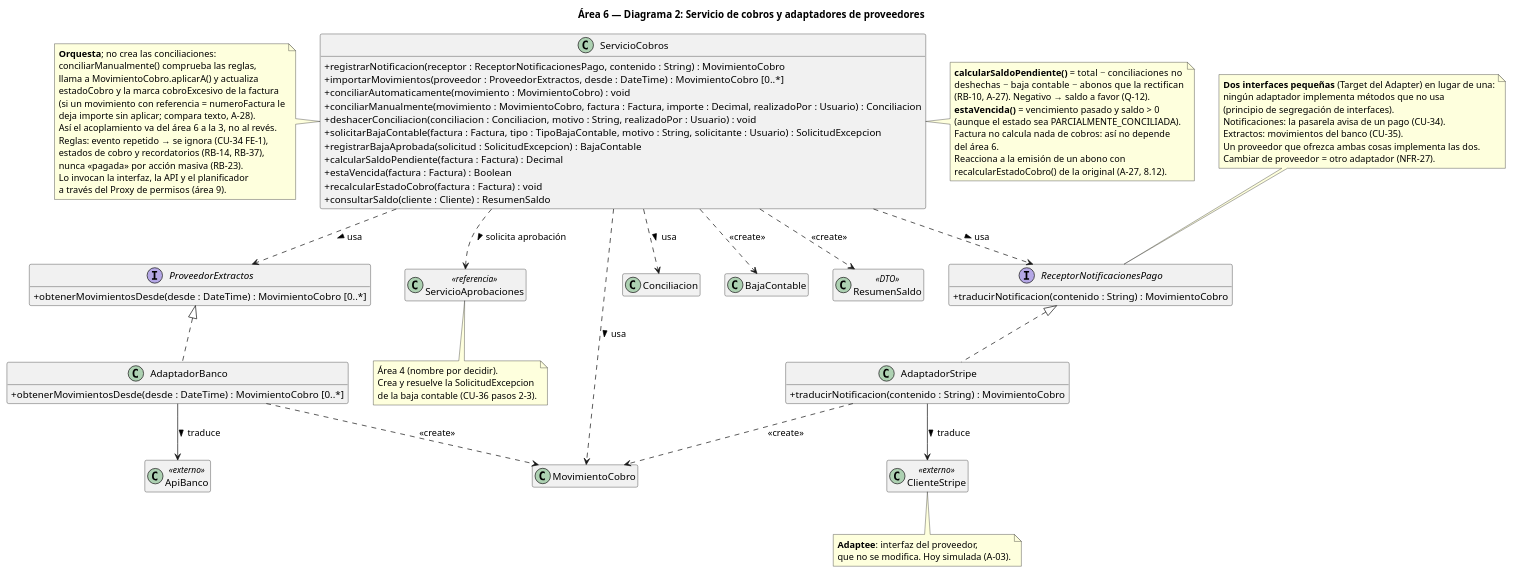
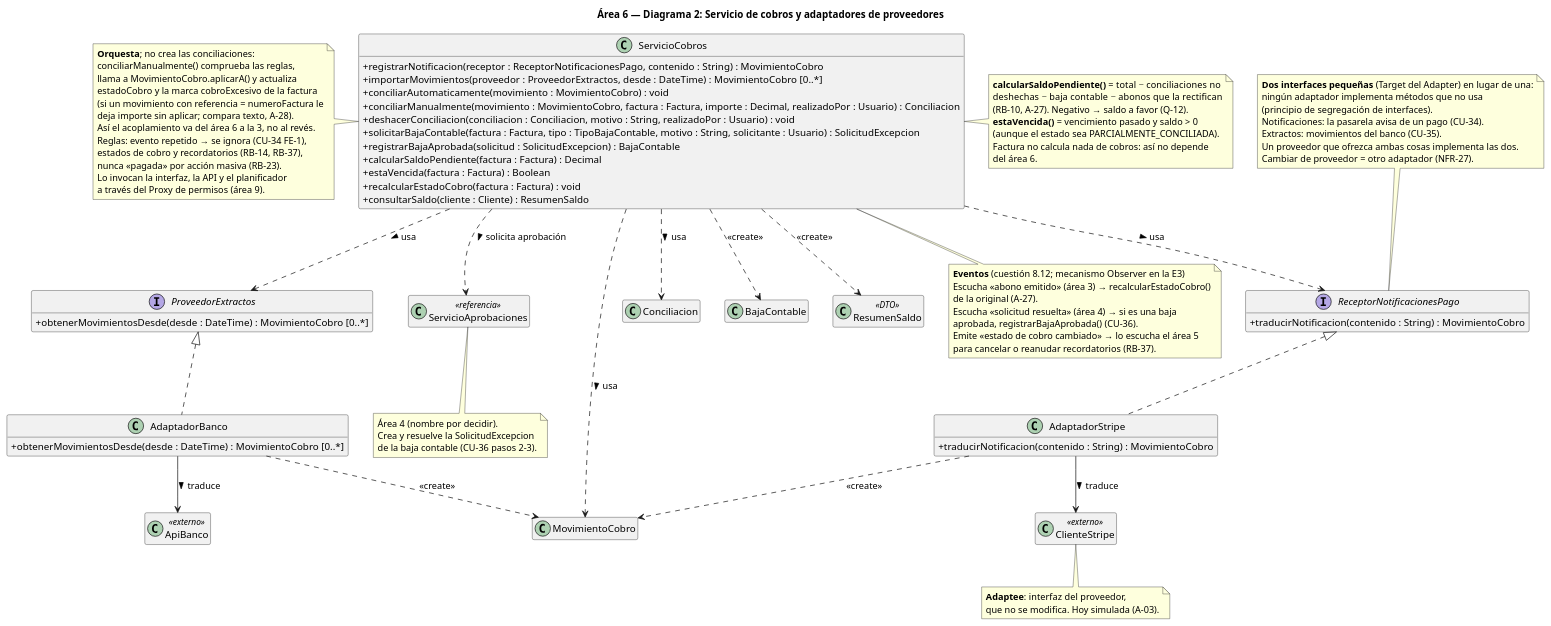
The diagram in Entrega2_GrupoBebes/Diagramas de clase/Area 6/area6_2_adapter_servicio.puml (naybetaomar/AyDA-ProyectoBebes), drawn with PlantUML before and after one commit. The commit also changed 4 other files, not shown here.

```diff
--- a/Entrega2_GrupoBebes/Diagramas de clase/Area 6/area6_2_adapter_servicio.puml
+++ b/Entrega2_GrupoBebes/Diagramas de clase/Area 6/area6_2_adapter_servicio.puml
@@ -1,106 +1,114 @@
 @startuml area6_2_adapter_servicio
 skinparam classAttributeIconSize 0
 hide empty members
 title Área 6 — Diagrama 2: Servicio de cobros y adaptadores de proveedores
 
 class ServicioCobros {
   + registrarNotificacion(receptor : ReceptorNotificacionesPago, contenido : String) : MovimientoCobro
   + importarMovimientos(proveedor : ProveedorExtractos, desde : DateTime) : MovimientoCobro [0..*]
   + conciliarAutomaticamente(movimiento : MovimientoCobro) : void
   + conciliarManualmente(movimiento : MovimientoCobro, factura : Factura, importe : Decimal, realizadoPor : Usuario) : Conciliacion
   + deshacerConciliacion(conciliacion : Conciliacion, motivo : String, realizadoPor : Usuario) : void
   + solicitarBajaContable(factura : Factura, tipo : TipoBajaContable, motivo : String, solicitante : Usuario) : SolicitudExcepcion
   + registrarBajaAprobada(solicitud : SolicitudExcepcion) : BajaContable
   + calcularSaldoPendiente(factura : Factura) : Decimal
   + estaVencida(factura : Factura) : Boolean
   + recalcularEstadoCobro(factura : Factura) : void
   + consultarSaldo(cliente : Cliente) : ResumenSaldo
 }
 
 interface ReceptorNotificacionesPago {
   + traducirNotificacion(contenido : String) : MovimientoCobro
 }
 interface ProveedorExtractos {
   + obtenerMovimientosDesde(desde : DateTime) : MovimientoCobro [0..*]
 }
 
 class AdaptadorStripe {
   + traducirNotificacion(contenido : String) : MovimientoCobro
 }
 class AdaptadorBanco {
   + obtenerMovimientosDesde(desde : DateTime) : MovimientoCobro [0..*]
 }
 
 class ClienteStripe <<externo>>
 class ApiBanco <<externo>>
 
 class ServicioAprobaciones <<referencia>>
 
 class MovimientoCobro
 class Conciliacion
 class BajaContable
 class ResumenSaldo <<DTO>>
 
 ReceptorNotificacionesPago <|.. AdaptadorStripe
 ProveedorExtractos <|.. AdaptadorBanco
 AdaptadorStripe --> ClienteStripe : traduce >
 AdaptadorBanco --> ApiBanco : traduce >
 AdaptadorStripe ..> MovimientoCobro : <<create>>
 AdaptadorBanco ..> MovimientoCobro : <<create>>
 
 ServicioCobros ..> ReceptorNotificacionesPago : usa >
 ServicioCobros ..> ProveedorExtractos : usa >
 ServicioCobros ..> MovimientoCobro : usa >
 ServicioCobros ..> Conciliacion : usa >
 ServicioCobros ..> BajaContable : <<create>>
 ServicioCobros ..> ResumenSaldo : <<create>>
 ServicioCobros ..> ServicioAprobaciones : solicita aprobación >
 
 note top of ReceptorNotificacionesPago
   **Dos interfaces pequeñas** (Target del Adapter) en lugar de una:
   ningún adaptador implementa métodos que no usa
   (principio de segregación de interfaces).
   Notificaciones: la pasarela avisa de un pago (CU-34).
   Extractos: movimientos del banco (CU-35).
   Un proveedor que ofrezca ambas cosas implementa las dos.
   Cambiar de proveedor = otro adaptador (NFR-27).
 end note
 
 note bottom of ClienteStripe
   **Adaptee**: interfaz del proveedor,
   que no se modifica. Hoy simulada (A-03).
 end note
 
 note bottom of ServicioAprobaciones
   Área 4 (nombre por decidir).
   Crea y resuelve la SolicitudExcepcion
   de la baja contable (CU-36 pasos 2-3).
 end note
 
 note left of ServicioCobros
   **Orquesta**; no crea las conciliaciones:
   conciliarManualmente() comprueba las reglas,
   llama a MovimientoCobro.aplicarA() y actualiza
   estadoCobro y la marca cobroExcesivo de la factura
   (si un movimiento con referencia = numeroFactura le
   deja importe sin aplicar; compara texto, A-28).
   Así el acoplamiento va del área 6 a la 3, no al revés.
   Reglas: evento repetido → se ignora (CU-34 FE-1),
   estados de cobro y recordatorios (RB-14, RB-37),
   nunca «pagada» por acción masiva (RB-23).
   Lo invocan la interfaz, la API y el planificador
   a través del Proxy de permisos (área 9).
 end note
 
 note right of ServicioCobros
   **calcularSaldoPendiente()** = total − conciliaciones no
   deshechas − baja contable − abonos que la rectifican
   (RB-10, A-27). Negativo → saldo a favor (Q-12).
   **estaVencida()** = vencimiento pasado y saldo > 0
   (aunque el estado sea PARCIALMENTE_CONCILIADA).
   Factura no calcula nada de cobros: así no depende
   del área 6.
-  Reacciona a la emisión de un abono con
-  recalcularEstadoCobro() de la original (A-27, 8.12).
+end note
+
+note bottom of ServicioCobros
+  **Eventos** (cuestión 8.12; mecanismo Observer en la E3)
+  Escucha «abono emitido» (área 3) → recalcularEstadoCobro()
+  de la original (A-27).
+  Escucha «solicitud resuelta» (área 4) → si es una baja
+  aprobada, registrarBajaAprobada() (CU-36).
+  Emite «estado de cobro cambiado» → lo escucha el área 5
+  para cancelar o reanudar recordatorios (RB-37).
 end note
 @enduml
```
